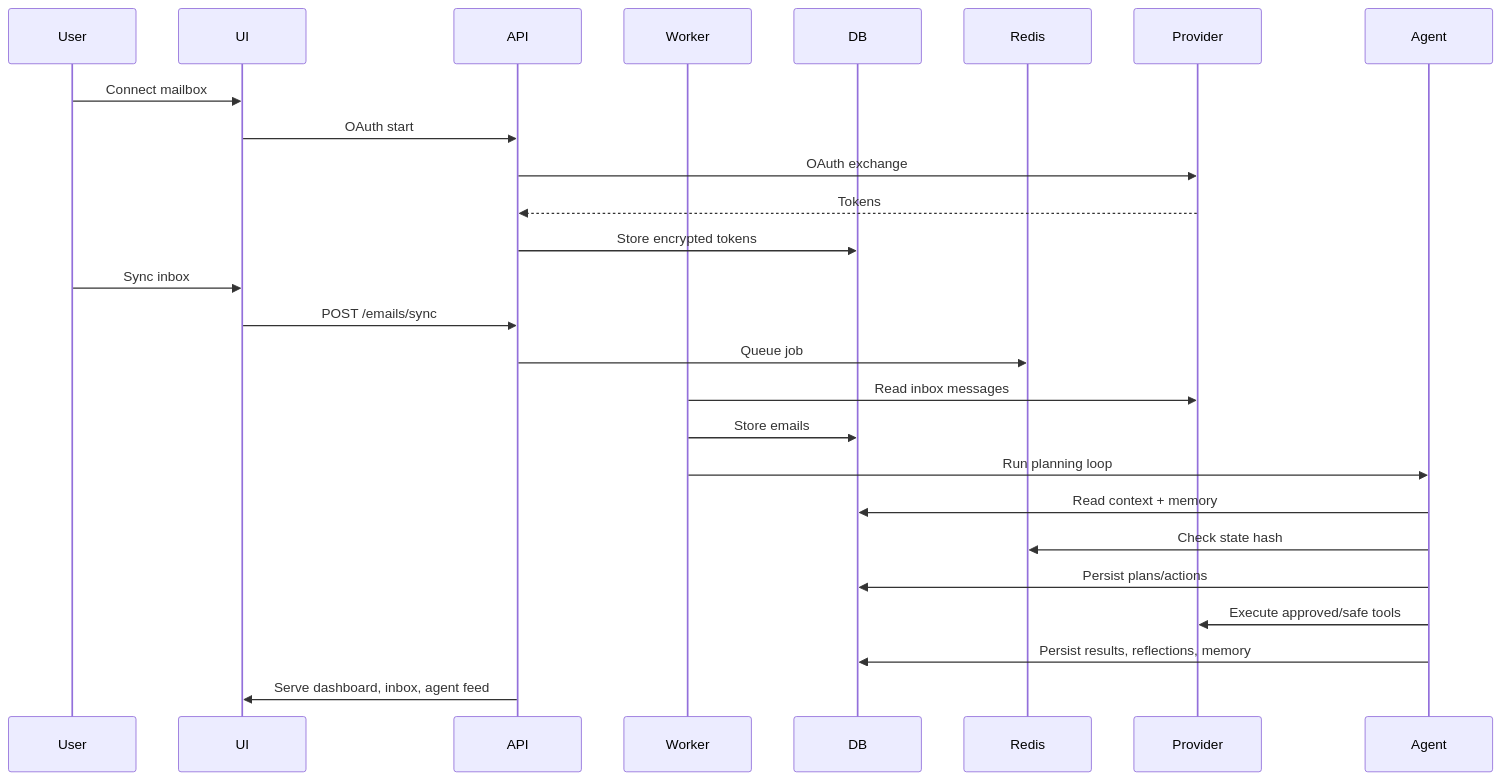
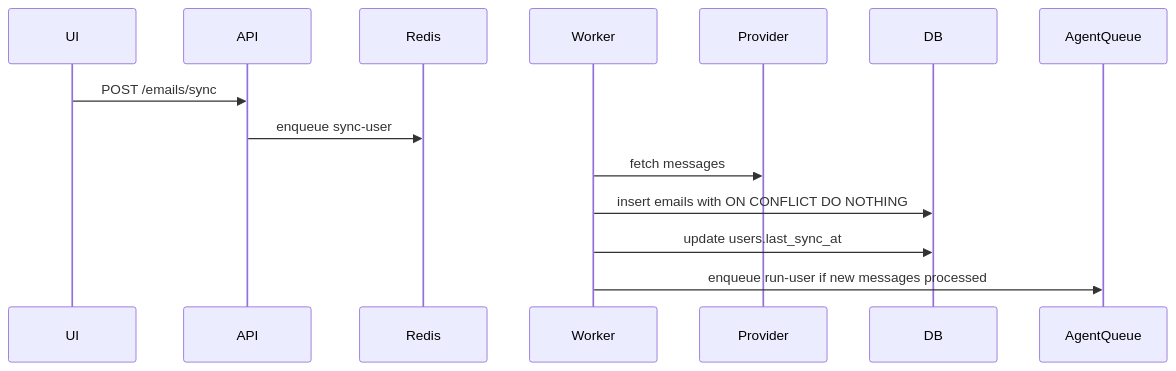
One commit to Krishnav1237/agentic-mail changed the third of 3 diagrams in docs/ARCHITECTURE.md. Above: the diagram before and after it, drawn with Mermaid. The commit also changed other lines of this file and 38 other files, not shown here.

````diff
--- a/docs/ARCHITECTURE.md
+++ b/docs/ARCHITECTURE.md
@@ -104,28 +145,17 @@
 ```mermaid
 sequenceDiagram
-  participant User
   participant UI
   participant API
+  participant Redis
   participant Worker
+  participant Provider
   participant DB
-  participant Redis
-  participant Provider
+  participant AgentQueue
 
-  User->>UI: Connect mailbox
-  UI->>API: OAuth start
-  API->>Provider: OAuth exchange
-  Provider-->>API: Tokens
-  API->>DB: Store encrypted tokens
-  User->>UI: Sync inbox
   UI->>API: POST /emails/sync
-  API->>Redis: Queue job
-  Worker->>Provider: Read inbox messages
-  Worker->>DB: Store emails
-  Worker->>Agent: Run planning loop
-  Agent->>DB: Read context + memory
-  Agent->>Redis: Check state hash
-  Agent->>DB: Persist plans/actions
-  Agent->>Provider: Execute approved/safe tools
-  Agent->>DB: Persist results, reflections, memory
-  API->>UI: Serve dashboard, inbox, agent feed
+  API->>Redis: enqueue sync-user
+  Worker->>Provider: fetch messages
+  Worker->>DB: insert emails with ON CONFLICT DO NOTHING
+  Worker->>DB: update users.last_sync_at
+  Worker->>AgentQueue: enqueue run-user if new messages processed
 ```
````
